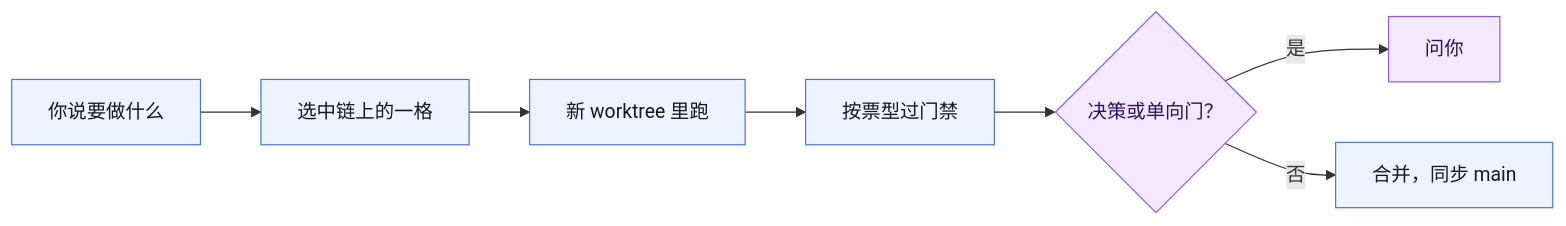
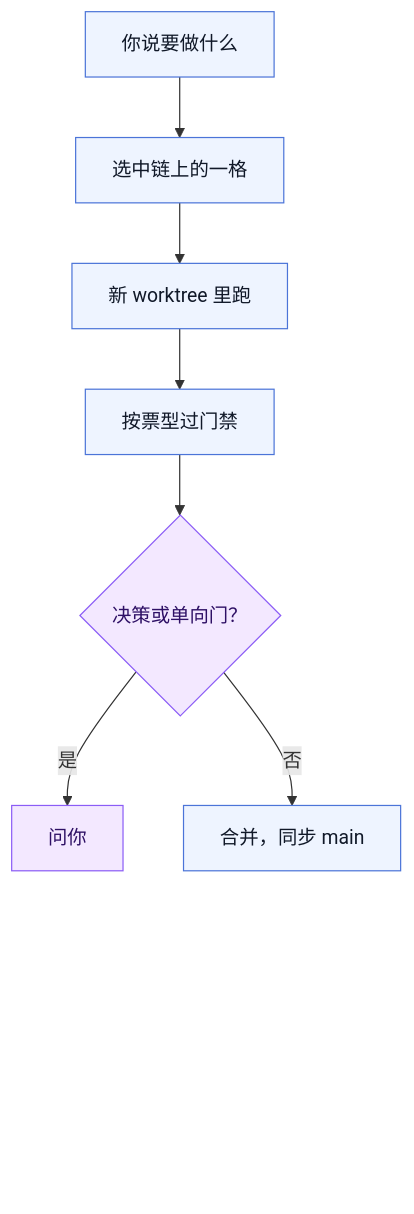
One commit to lindoo67/orchestra-auto changed the second of 2 diagrams in README.zh-CN.md. Above: the diagram before and after it, drawn with Mermaid. The commit also changed other lines of this file and 1 other file, not shown here.

First line of the commit message:
Switch README flowcharts to top-to-bottom layout

````diff
--- a/README.zh-CN.md
+++ b/README.zh-CN.md
@@ -57,10 +62,16 @@
 ```mermaid
-flowchart LR
+flowchart TB
   U["你说要做什么"] --> C["选中链上的一格"] --> W["新 worktree 里跑"] --> GA["按票型过门禁"] --> D{"决策或单向门？"}
   D -->|是| H["问你"]
   D -->|否| M["合并，同步 main"]
+  H --> SP["<br/><br/><br/><br/><br/><br/><br/><br/>"]
+  M --> SP
   classDef orca fill:#eef4ff,stroke:#4b74d8,color:#101828
   classDef human fill:#f3e8ff,stroke:#8b5cf6,color:#2e1065
+  classDef gap fill:none,stroke:none,color:transparent
   class U,C,W,GA,M orca
   class D,H human
+  class SP gap
+  linkStyle 6 stroke:none,fill:none
+  linkStyle 7 stroke:none,fill:none
 ```
````
